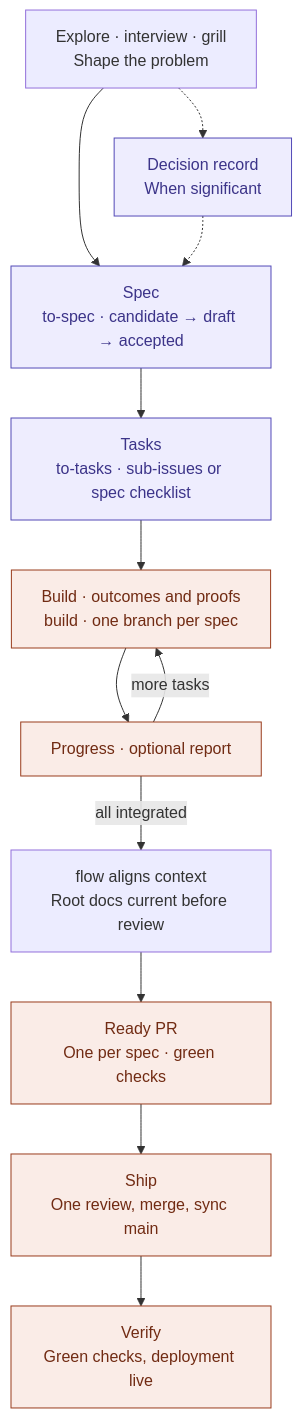
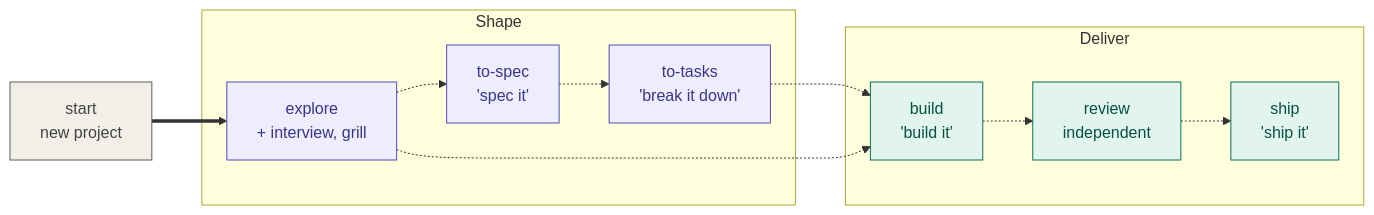
One commit to gaboesquivel/flow-skills changed the diagram in README.md. Above: the diagram before and after it, drawn with Mermaid. The commit also changed other lines of this file and 2 other files, not shown here.

Commit message:
docs: one flow diagram in README; run checks at PR time

````diff
--- a/README.md
+++ b/README.md
@@ -87,23 +55,23 @@
 ```mermaid
-flowchart TB
-  explore["Explore · interview · grill<br/>Shape the problem"]
-  decision["Decision record<br/>When significant"]
-  spec["Spec<br/>to-spec · candidate → draft → accepted"]
-  tasks["Tasks<br/>to-tasks · sub-issues or spec checklist"]
-  build["Build · outcomes and proofs<br/>build · one branch per spec"]
-  progress["Progress · optional report"]
-  ready["Ready PR<br/>One per spec · green checks"]
-  land["Ship<br/>One review, merge, sync main"]
-  verify["Verify<br/>Green checks, deployment live"]
-  sync["flow aligns context<br/>Root docs current before review"]
-  explore --> spec
-  explore -.-> decision
-  decision -.-> spec
-  spec --> tasks --> build --> progress
-  progress -- more tasks --> build
-  progress -- all integrated --> sync --> ready --> land --> verify
-  classDef doc fill:#EEEDFE,stroke:#534AB7,color:#3C3489
-  classDef run fill:#FAECE7,stroke:#993C1D,color:#712B13
-  class decision,spec,tasks doc
-  class build,progress,ready,land,verify run
+flowchart LR
+  start["start<br/>new project"] ==> explore
+  subgraph shapeGroup [Shape]
+    explore["explore<br/>+ interview, grill"]
+    spec["to-spec<br/>'spec it'"]
+    tasks["to-tasks<br/>'break it down'"]
+  end
+  subgraph deliverGroup [Deliver]
+    build["build<br/>'build it'"]
+    review["review<br/>independent"]
+    ship["ship<br/>'ship it'"]
+  end
+  explore -.-> spec -.-> tasks -.-> build
+  explore -.-> build
+  build -.-> review -.-> ship
+  classDef shapeNode fill:#EEEDFE,stroke:#534AB7,color:#3C3489
+  classDef deliverNode fill:#E1F5EE,stroke:#0F6E56,color:#085041
+  classDef startNode fill:#F1EFE8,stroke:#5F5E5A,color:#444441
+  class explore,spec,tasks shapeNode
+  class build,review,ship deliverNode
+  class start startNode
 ```
````
